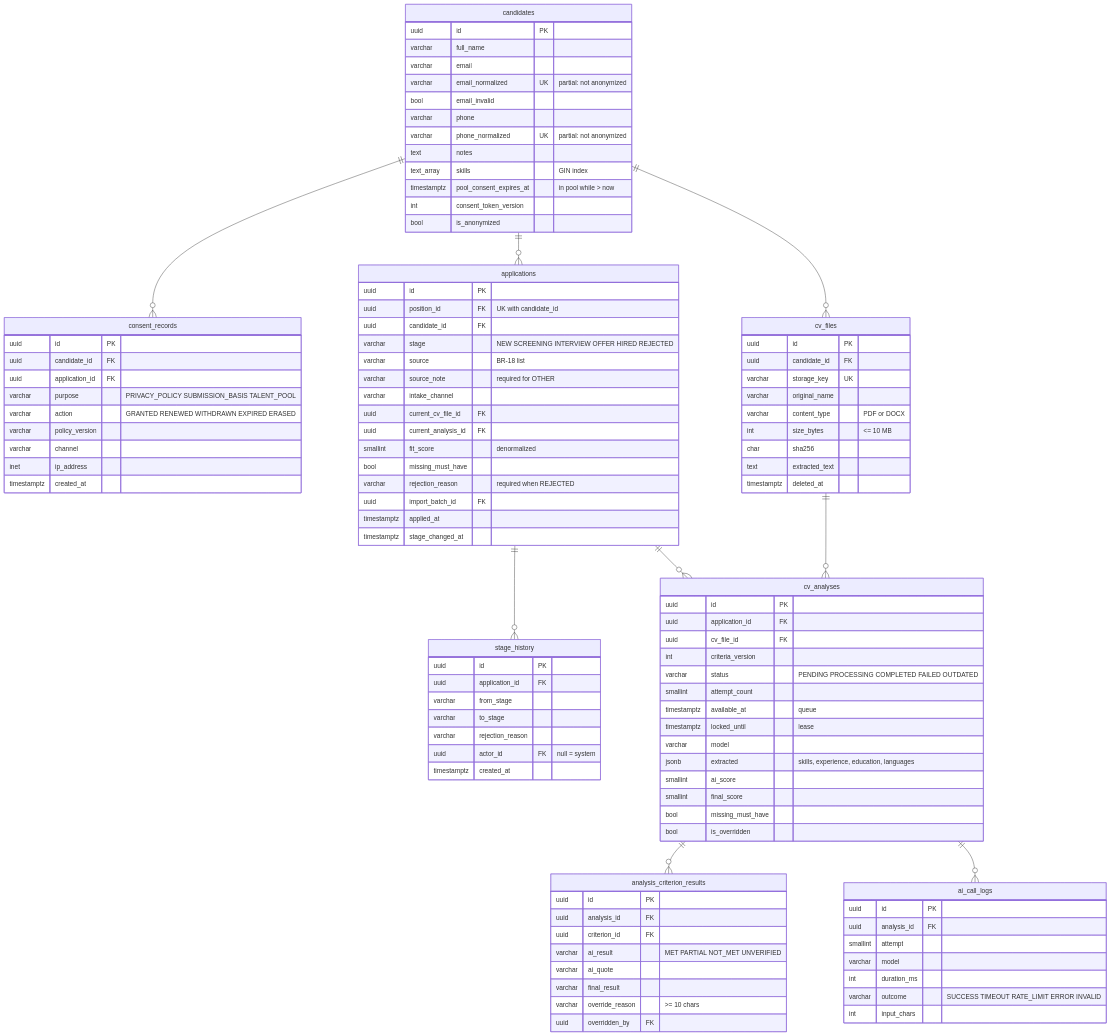
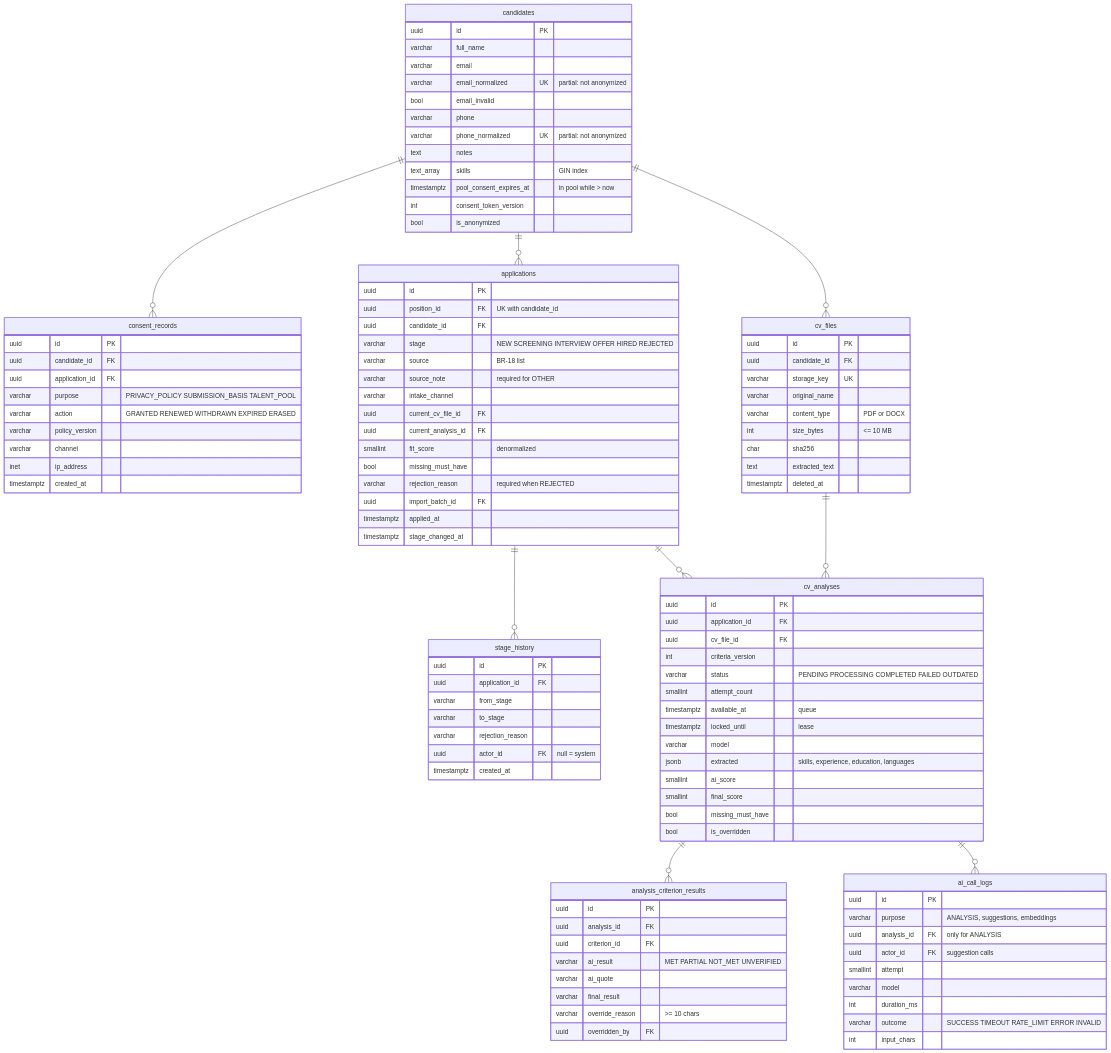
The third of 6 diagrams in docs/07-database-design.md (duongk18FPTU/recruitment-ats), drawn with Mermaid before and after one commit. The commit also changed other lines of this file and 28 other files, not shown here.

```diff
--- a/docs/07-database-design.md
+++ b/docs/07-database-design.md
@@ -233,7 +237,9 @@
     }
     ai_call_logs {
         uuid id PK
-        uuid analysis_id FK
+        varchar purpose "ANALYSIS, suggestions, embeddings"
+        uuid analysis_id FK "only for ANALYSIS"
+        uuid actor_id FK "suggestion calls"
         smallint attempt
         varchar model
         int duration_ms
```
